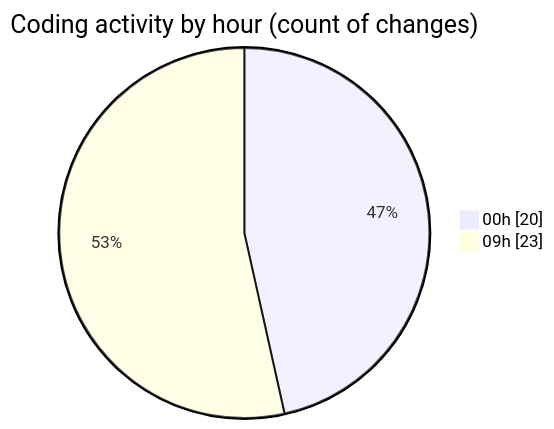
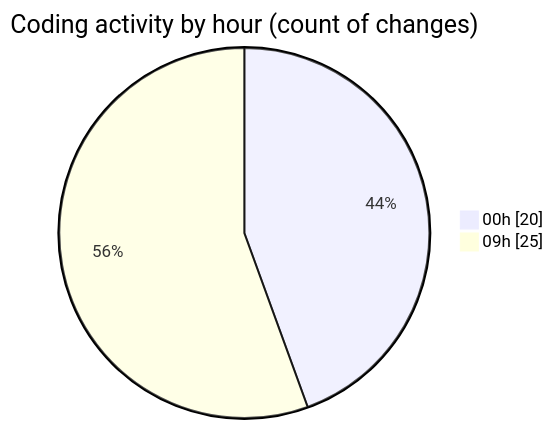
One commit to momahboobian/code-tracking changed the second of 2 diagrams in 2025-03-19/cda/README.md. Above: the diagram before and after it, drawn with Mermaid. The commit also changed other lines of this file and 1 other file, not shown here.

````diff
--- a/2025-03-19/cda/README.md
+++ b/2025-03-19/cda/README.md
@@ -30,6 +32,6 @@
 ```mermaid
 pie showData
 title Coding activity by hour (count of changes)
 "00h" : 20
-"09h" : 23
+"09h" : 25
 ```
````
